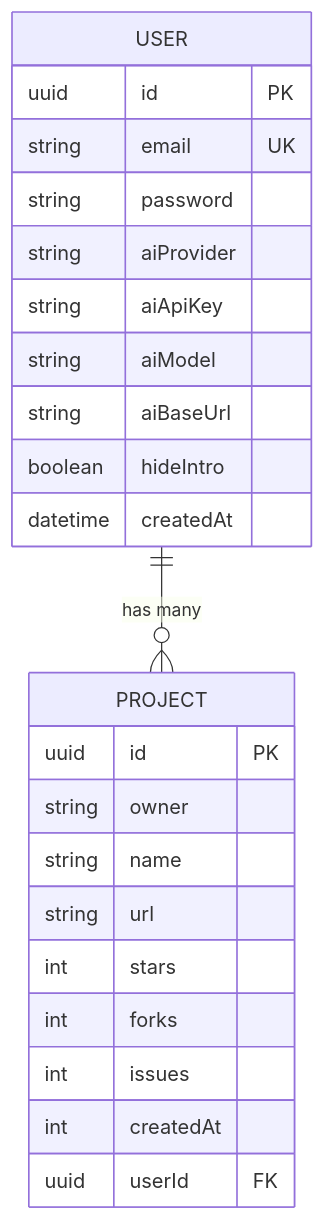
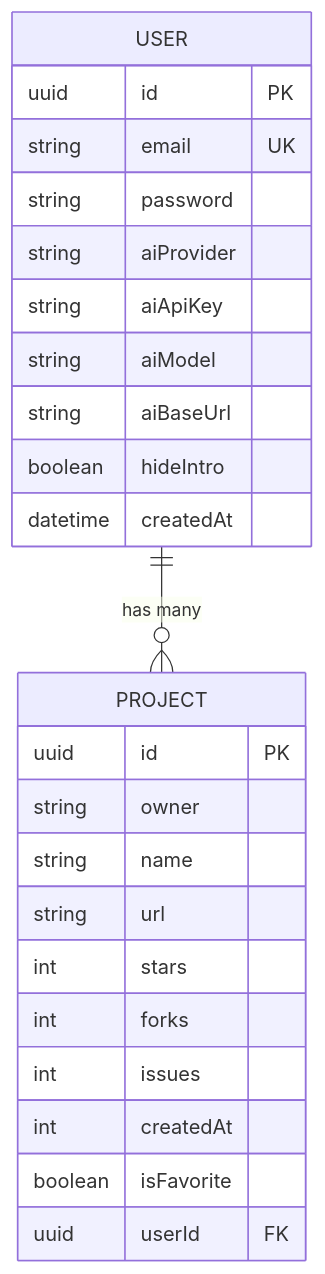
One commit to Sentore847/crm-git changed the second of 3 diagrams in README.md. Above: the diagram before and after it, drawn with Mermaid. The commit also changed other lines of this file and 46 other files, not shown here.

````diff
--- a/README.md
+++ b/README.md
@@ -133,28 +119,29 @@
 ```mermaid
 erDiagram
     USER {
         uuid id PK
         string email UK
         string password
         string aiProvider
         string aiApiKey
         string aiModel
         string aiBaseUrl
         boolean hideIntro
         datetime createdAt
     }
 
     PROJECT {
         uuid id PK
         string owner
         string name
         string url
         int stars
         int forks
         int issues
         int createdAt
+        boolean isFavorite
         uuid userId FK
     }
 
     USER ||--o{ PROJECT : "has many"
 ```
````
